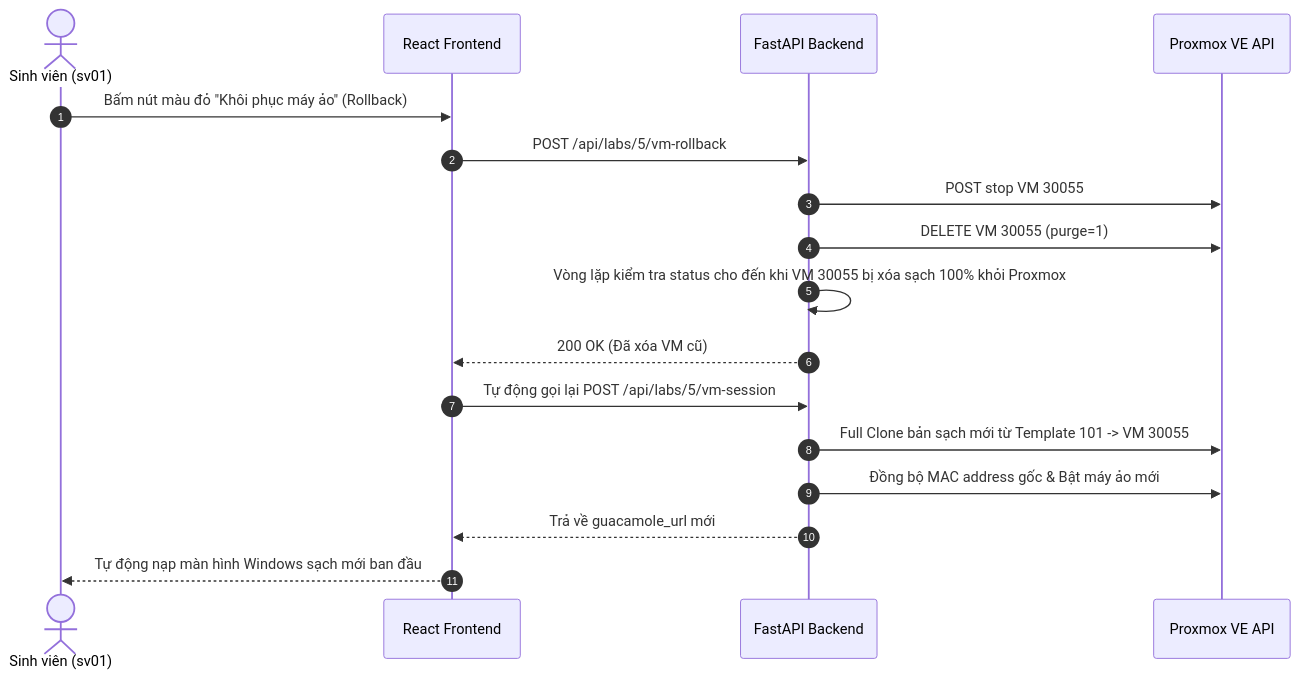
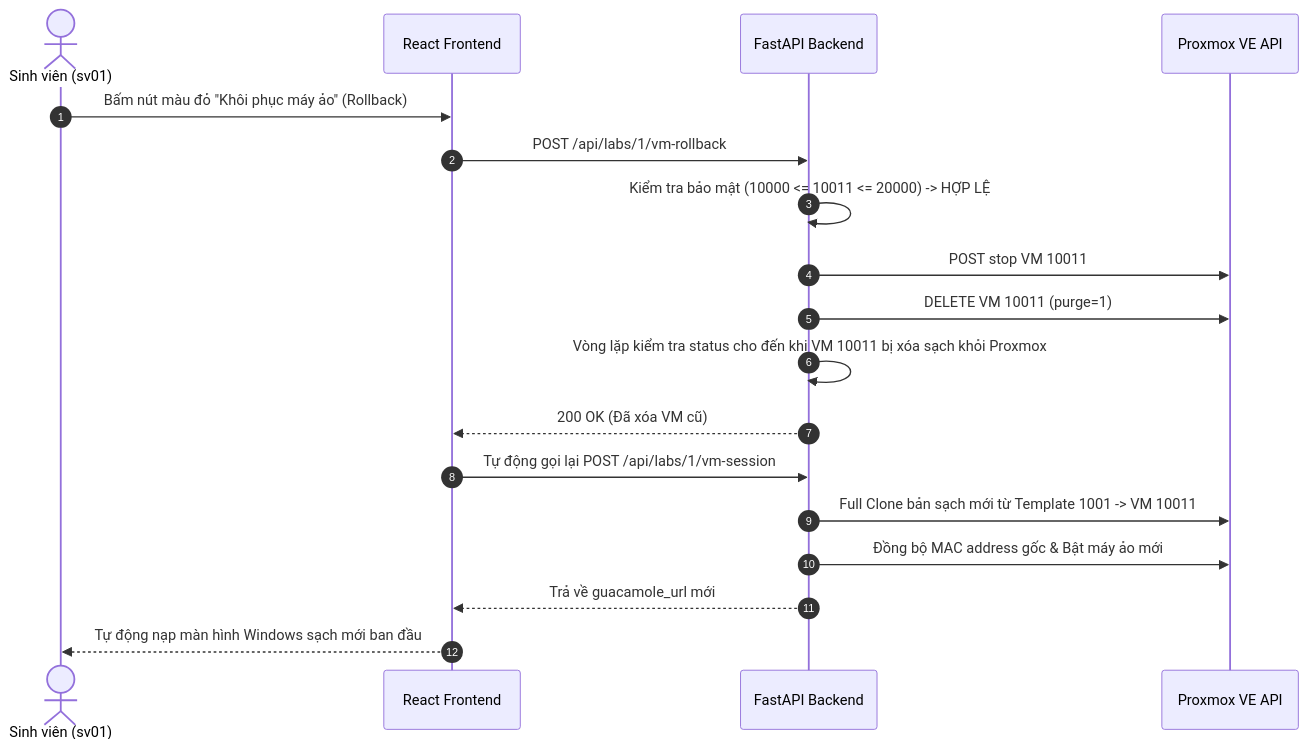
Before and after one commit to ManhPP/MalSecLMS: the third of 4 diagrams in SYSTEM_ARCHITECTURE.md, drawn with Mermaid. The commit also changed other lines of this file, not shown here.

Commit message:
docs: update system architecture documentation to reflect current design changes

````diff
--- a/SYSTEM_ARCHITECTURE.md
+++ b/SYSTEM_ARCHITECTURE.md
@@ -118,20 +129,21 @@
 ```mermaid
 sequenceDiagram
     autonumber
     actor Student as Sinh viên (sv01)
     participant React as React Frontend
     participant API as FastAPI Backend
     participant PVE as Proxmox VE API
 
     Student->>React: Bấm nút màu đỏ "Khôi phục máy ảo" (Rollback)
-    React->>API: POST /api/labs/5/vm-rollback
-    API->>PVE: POST stop VM 30055
-    API->>PVE: DELETE VM 30055 (purge=1)
-    API->>API: Vòng lặp kiểm tra status cho đến khi VM 30055 bị xóa sạch 100% khỏi Proxmox
+    React->>API: POST /api/labs/1/vm-rollback
+    API->>API: Kiểm tra bảo mật (10000 <= 10011 <= 20000) -> HỢP LỆ
+    API->>PVE: POST stop VM 10011
+    API->>PVE: DELETE VM 10011 (purge=1)
+    API->>API: Vòng lặp kiểm tra status cho đến khi VM 10011 bị xóa sạch khỏi Proxmox
     API-->>React: 200 OK (Đã xóa VM cũ)
-    React->>API: Tự động gọi lại POST /api/labs/5/vm-session
-    API->>PVE: Full Clone bản sạch mới từ Template 101 -> VM 30055
+    React->>API: Tự động gọi lại POST /api/labs/1/vm-session
+    API->>PVE: Full Clone bản sạch mới từ Template 1001 -> VM 10011
     API->>PVE: Đồng bộ MAC address gốc & Bật máy ảo mới
     API-->>React: Trả về guacamole_url mới
     React-->>Student: Tự động nạp màn hình Windows sạch mới ban đầu
 ```
````
